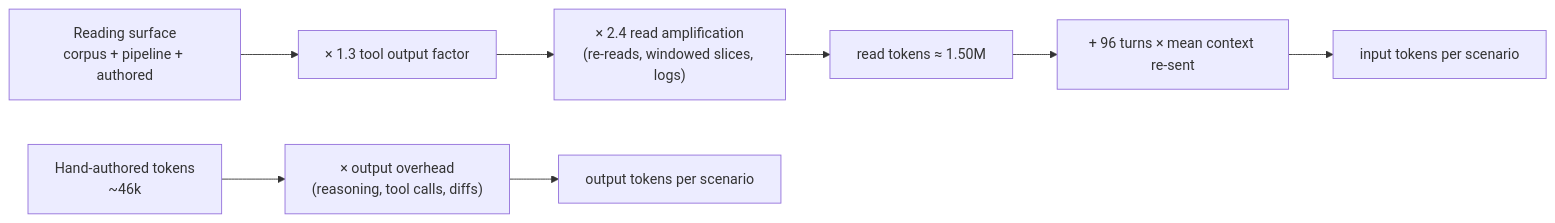
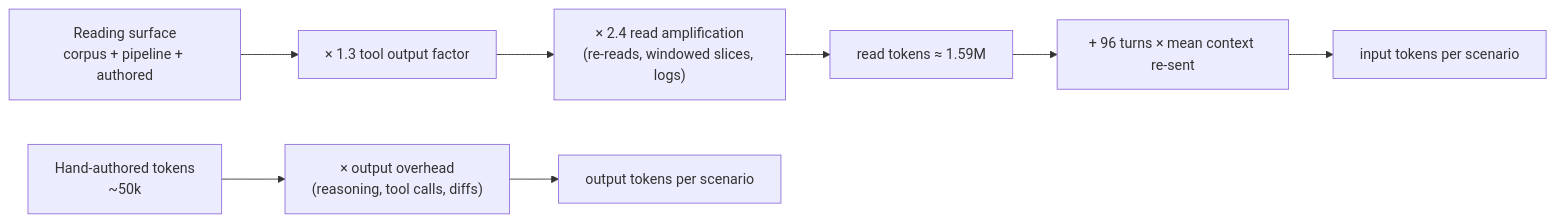
The first of 2 diagrams in W/w1/isr2/src/content/docs/14-site-build-report.md (wezbest/IzRez-1), drawn with Mermaid before and after one commit. The commit also changed other lines of this file and 30 other files, not shown here.

````diff
--- a/W/w1/isr2/src/content/docs/14-site-build-report.md
+++ b/W/w1/isr2/src/content/docs/14-site-build-report.md
@@ -52,10 +106,10 @@
 ```mermaid
 flowchart LR
     A["Reading surface<br/>corpus + pipeline + authored"] --> B["× 1.3 tool output factor"]
     B --> C["× 2.4 read amplification<br/>(re-reads, windowed slices, logs)"]
-    C --> D["read tokens ≈ 1.50M"]
+    C --> D["read tokens ≈ 1.59M"]
     D --> E["+ 96 turns × mean context re-sent"]
     E --> F["input tokens per scenario"]
-    G["Hand-authored tokens<br/>~46k"] --> H["× output overhead<br/>(reasoning, tool calls, diffs)"]
+    G["Hand-authored tokens<br/>~50k"] --> H["× output overhead<br/>(reasoning, tool calls, diffs)"]
     H --> I["output tokens per scenario"]
 ```
````
